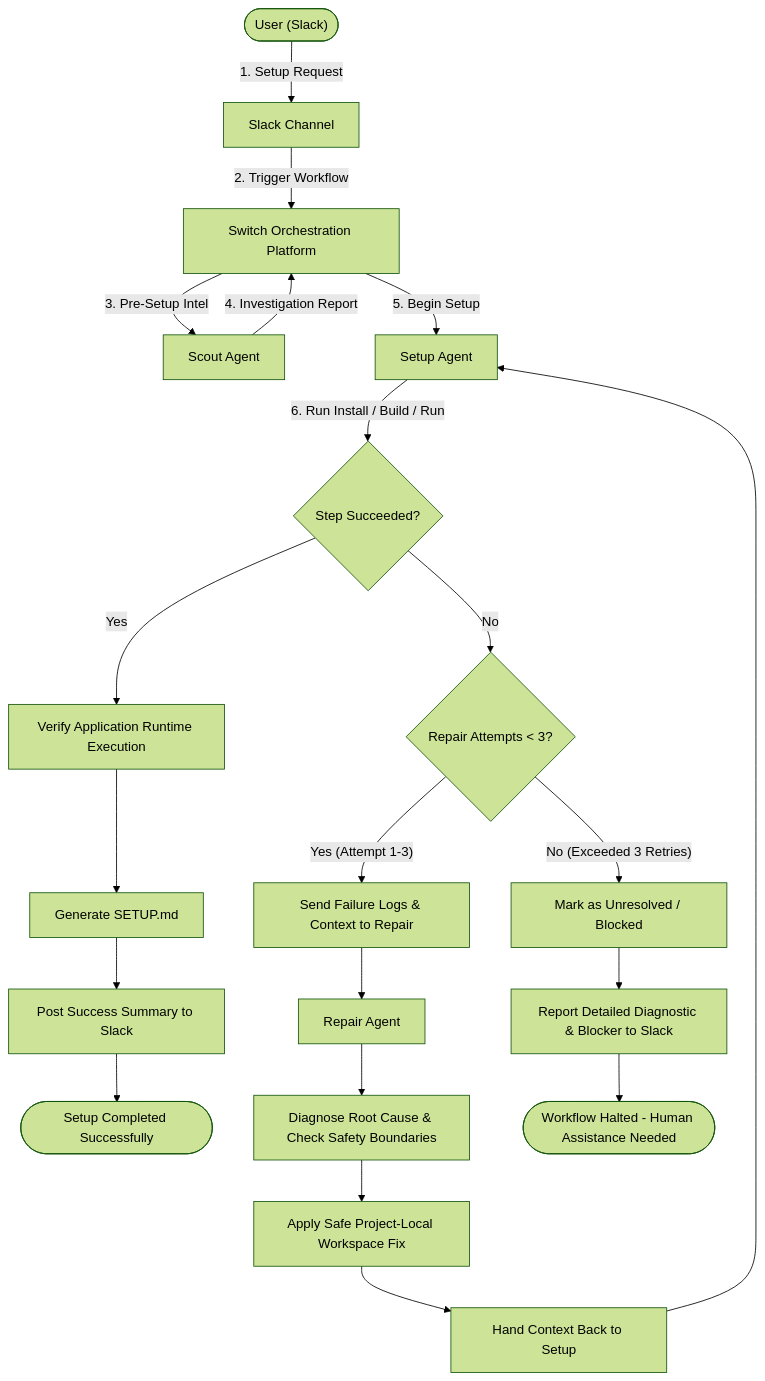
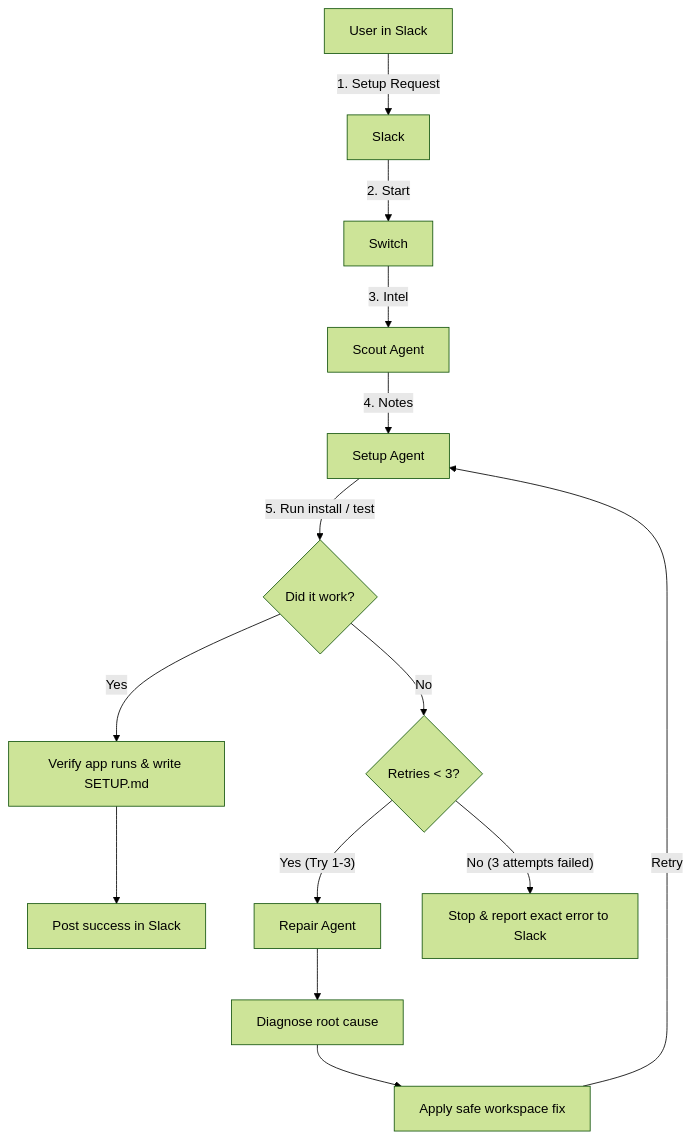
One commit to ravindhar1108/switch-setup-desk changed the first of 2 diagrams in workflows/self-healing-workflow.md. Above: the diagram before and after it, drawn with Mermaid (forest theme). The commit also changed other lines of this file and 21 other files, not shown here.

````diff
--- a/workflows/self-healing-workflow.md
+++ b/workflows/self-healing-workflow.md
@@ -9,32 +9,25 @@
 ```mermaid
 flowchart TD
-    User(["User (Slack)"]) -->|"1. Setup Request"| Slack["Slack Channel"]
-    Slack -->|"2. Trigger Workflow"| Switch["Switch Orchestration Platform"]
+    User["User in Slack"] -->|"1. Setup Request"| Slack["Slack"]
+    Slack -->|"2. Start"| Switch["Switch"]
     
-    Switch -->|"3. Pre-Setup Intel"| Scout["Scout Agent"]
-    Scout -->|"4. Investigation Report"| Switch
-    Switch -->|"5. Begin Setup"| Setup["Setup Agent"]
+    Switch -->|"3. Intel"| Scout["Scout Agent"]
+    Scout -->|"4. Notes"| Setup["Setup Agent"]
     
-    Setup -->|"6. Run Install / Build / Run"| ExecStep{"Step Succeeded?"}
+    Setup -->|"5. Run install / test"| Step{"Did it work?"}
     
     %% Success Path
-    ExecStep -- Yes --> Verify["Verify Application Runtime Execution"]
-    Verify --> GenDoc["Generate SETUP.md"]
-    GenDoc --> ReportSuccess["Post Success Summary to Slack"]
-    ReportSuccess --> Done(["Setup Completed Successfully"])
+    Step -- Yes --> Verify["Verify app runs & write SETUP.md"]
+    Verify --> Done["Post success in Slack"]
     
-    %% Failure & Self-Healing Loop
-    ExecStep -- No --> FailureCheck{"Repair Attempts < 3?"}
+    %% Self-Healing Loop
+    Step -- No --> CheckRetries{"Retries < 3?"}
     
-    FailureCheck -- "Yes (Attempt 1-3)" --> SendRepair["Send Failure Logs & Context to Repair"]
-    SendRepair --> Repair["Repair Agent"]
-    Repair --> Diagnose["Diagnose Root Cause & Check Safety Boundaries"]
-    Diagnose --> SafeFix["Apply Safe Project-Local Workspace Fix"]
-    SafeFix --> HandoffBack["Hand Context Back to Setup"]
-    HandoffBack --> Setup
+    CheckRetries -- "Yes (Try 1-3)" --> Repair["Repair Agent"]
+    Repair --> Diagnose["Diagnose root cause"]
+    Diagnose --> Patch["Apply safe workspace fix"]
+    Patch -->|"Retry"| Setup
     
-    %% Retry Limit Exceeded
-    FailureCheck -- "No (Exceeded 3 Retries)" --> Unresolved["Mark as Unresolved / Blocked"]
-    Unresolved --> ReportFail["Report Detailed Diagnostic & Blocker to Slack"]
-    ReportFail --> Failed(["Workflow Halted - Human Assistance Needed"])
+    %% Failure Stop
+    CheckRetries -- "No (3 attempts failed)" --> Stop["Stop & report exact error to Slack"]
 ```
````
